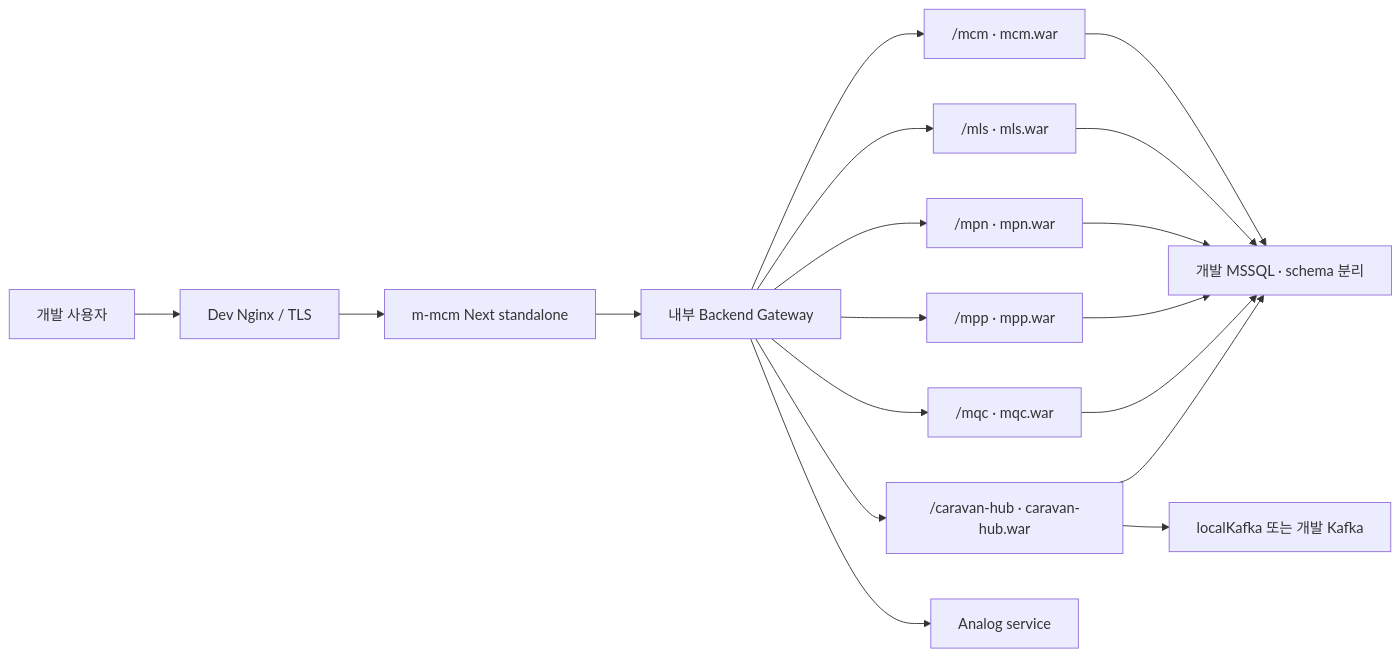
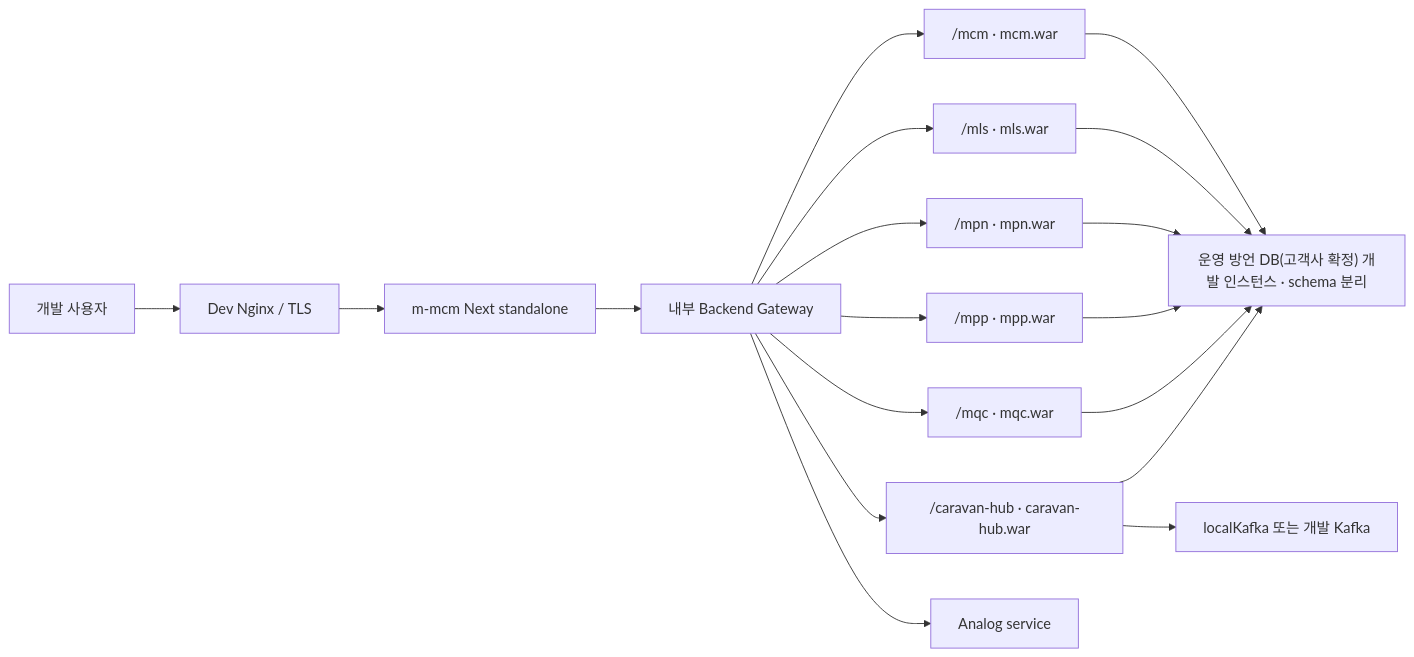
The first of 2 diagrams in docs/guide/Operations/DMES-Deployment-Guide.md (jongik-sv/dmes-standard), drawn with Mermaid before and after one commit. The commit also changed other lines of this file and 8 other files, not shown here.

````diff
--- a/docs/guide/Operations/DMES-Deployment-Guide.md
+++ b/docs/guide/Operations/DMES-Deployment-Guide.md
@@ -286,20 +286,20 @@
 ```mermaid
 flowchart LR
     U["개발 사용자"] --> RP["Dev Nginx / TLS"]
     RP --> P["m-mcm Next standalone"]
     P --> GW["내부 Backend Gateway"]
     GW --> MCM["/mcm · mcm.war"]
     GW --> MLS["/mls · mls.war"]
     GW --> MPN["/mpn · mpn.war"]
     GW --> MPP["/mpp · mpp.war"]
     GW --> MQC["/mqc · mqc.war"]
     GW --> HUB["/caravan-hub · caravan-hub.war"]
     GW --> ANA["Analog service"]
-    MCM --> DB["개발 MSSQL · schema 분리"]
+    MCM --> DB["운영 방언 DB(고객사 확정) 개발 인스턴스 · schema 분리"]
     MLS --> DB
     MPN --> DB
     MPP --> DB
     MQC --> DB
     HUB --> DB
     HUB --> K["localKafka 또는 개발 Kafka"]
 ```
````
